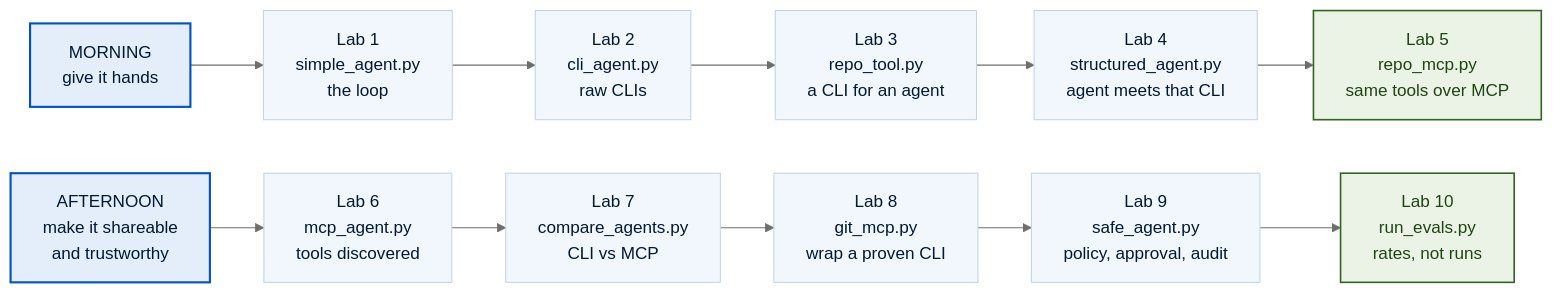
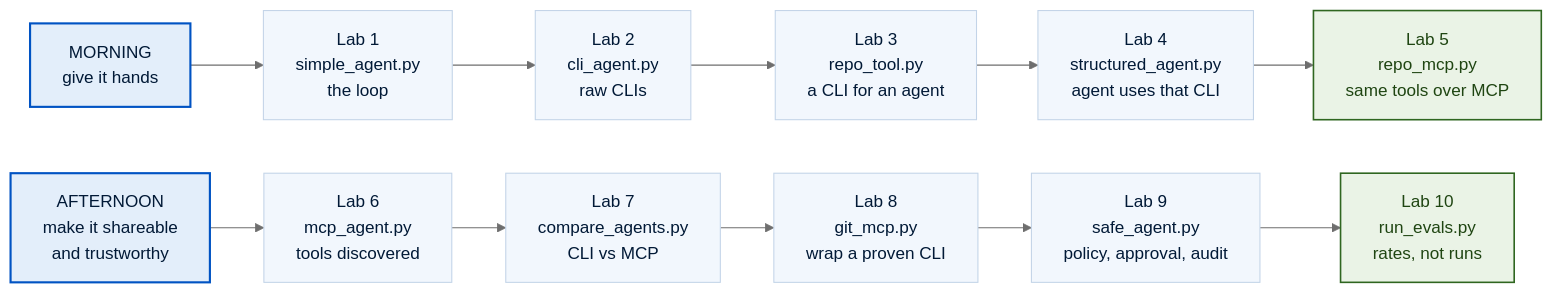
One commit to skillrepos/handsai changed diagram 11 of 11 in diagrams/README.md. Above: the diagram before and after it, drawn with Mermaid. The commit also changed 6 other files, not shown here.

````diff
--- a/diagrams/README.md
+++ b/diagrams/README.md
@@ -331,22 +331,22 @@
 ```mermaid
 %%{init: {"theme": "base", "fontFamily": "Mulish, Helvetica, Arial, sans-serif", "themeVariables": {"fontFamily": "Mulish, Helvetica, Arial, sans-serif", "fontSize": "16px", "primaryColor": "#F2F7FD", "primaryTextColor": "#011936", "primaryBorderColor": "#C3D4E8", "lineColor": "#6E6E6E", "textColor": "#292929", "clusterBkg": "#FFFFFF", "clusterBorder": "#C3D4E8", "edgeLabelBackground": "#FFFFFF", "tertiaryColor": "#FFFFFF"}, "flowchart": {"wrappingWidth": 340}}}%%
 flowchart LR
     M["MORNING<br/>give it hands"] --> L1["Lab 1<br/>simple_agent.py<br/>the loop"]
     L1 --> L2["Lab 2<br/>cli_agent.py<br/>raw CLIs"]
     L2 --> L3["Lab 3<br/>repo_tool.py<br/>a CLI for an agent"]
-    L3 --> L4["Lab 4<br/>structured_agent.py<br/>agent meets that CLI"]
+    L3 --> L4["Lab 4<br/>structured_agent.py<br/>agent uses that CLI"]
     L4 --> L5["Lab 5<br/>repo_mcp.py<br/>same tools over MCP"]
     P["AFTERNOON<br/>make it shareable<br/>and trustworthy"] --> L6["Lab 6<br/>mcp_agent.py<br/>tools discovered"]
     L6 --> L7["Lab 7<br/>compare_agents.py<br/>CLI vs MCP"]
     L7 --> L8["Lab 8<br/>git_mcp.py<br/>wrap a proven CLI"]
     L8 --> L9["Lab 9<br/>safe_agent.py<br/>policy, approval, audit"]
     L9 --> L10["Lab 10<br/>run_evals.py<br/>rates, not runs"]
 
     classDef dec fill:#FDF3E7,stroke:#A85410,stroke-width:1.5px,color:#011936
     classDef good fill:#EAF3E6,stroke:#2F6620,stroke-width:1.5px,color:#1F4512
     classDef stop fill:#F4F4F4,stroke:#6E6E6E,stroke-width:1.5px,color:#292929
     classDef key fill:#E3EEFA,stroke:#0053C3,stroke-width:2px,color:#011936
 
     class M,P key
     class L5,L10 good
 ```
````
